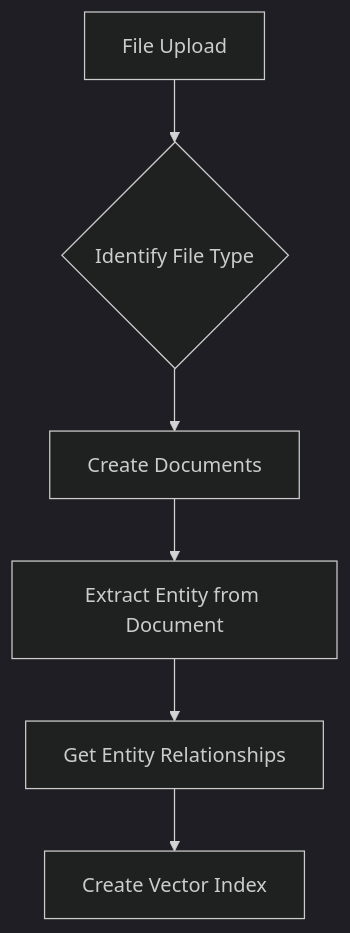
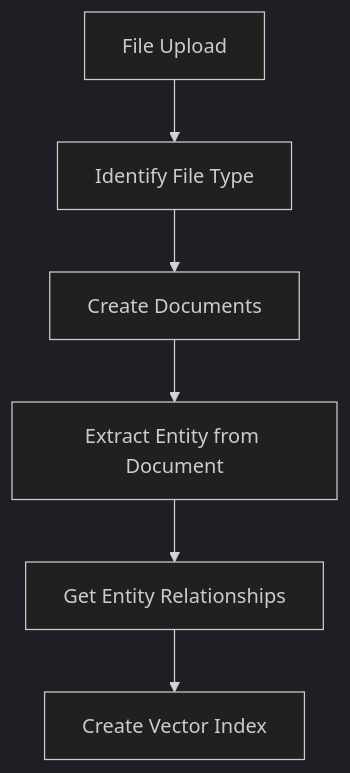
One commit to blacksmithop/LLM-Graph-Builder changed the first of 2 diagrams in Readme.md. Above: the diagram before and after it, drawn with Mermaid (dark theme). The commit also changed other lines of this file, not shown here.

````diff
--- a/Readme.md
+++ b/Readme.md
@@ -4,8 +4,8 @@
 ```mermaid
 flowchart TD
-    A[File Upload] --> B{Identify File Type}
+    A[File Upload] --> B[Identify File Type]
     B --> C[Create Documents]
     C --> D[Extract Entity from Document]
     D --> E[Get Entity Relationships]
     E --> F[Create Vector Index]
 ```
````
